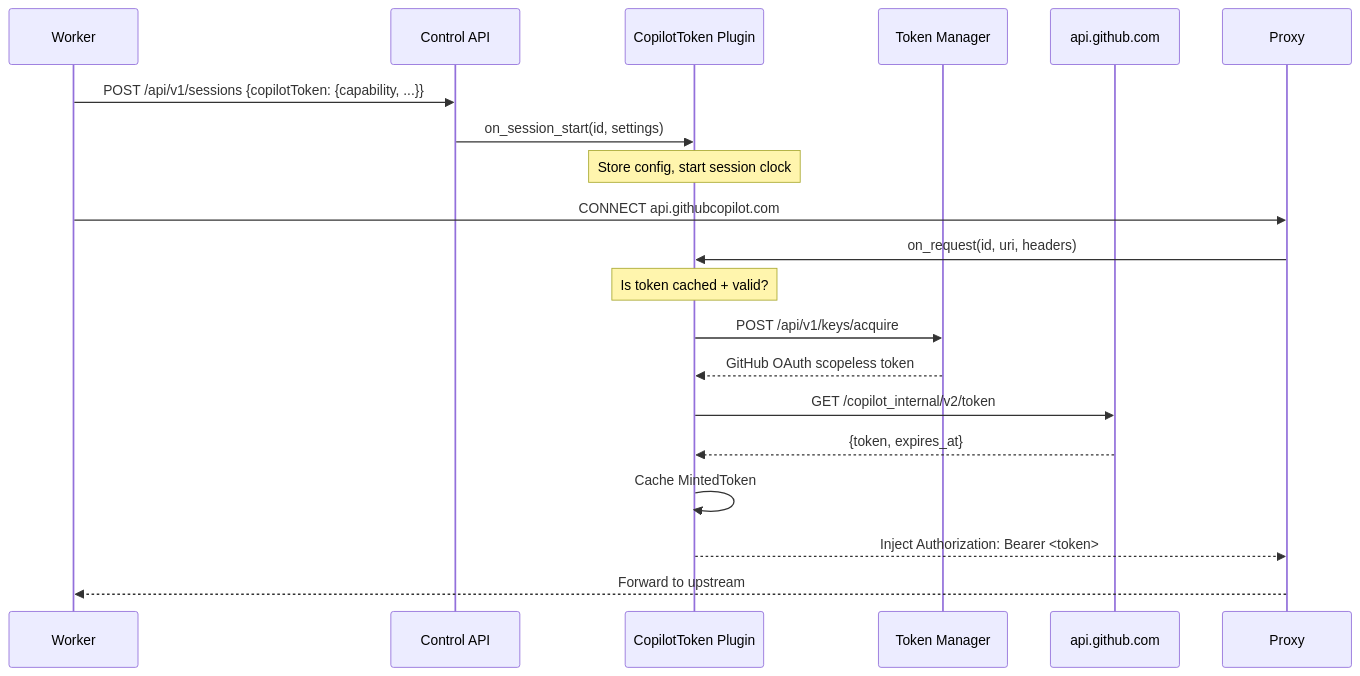
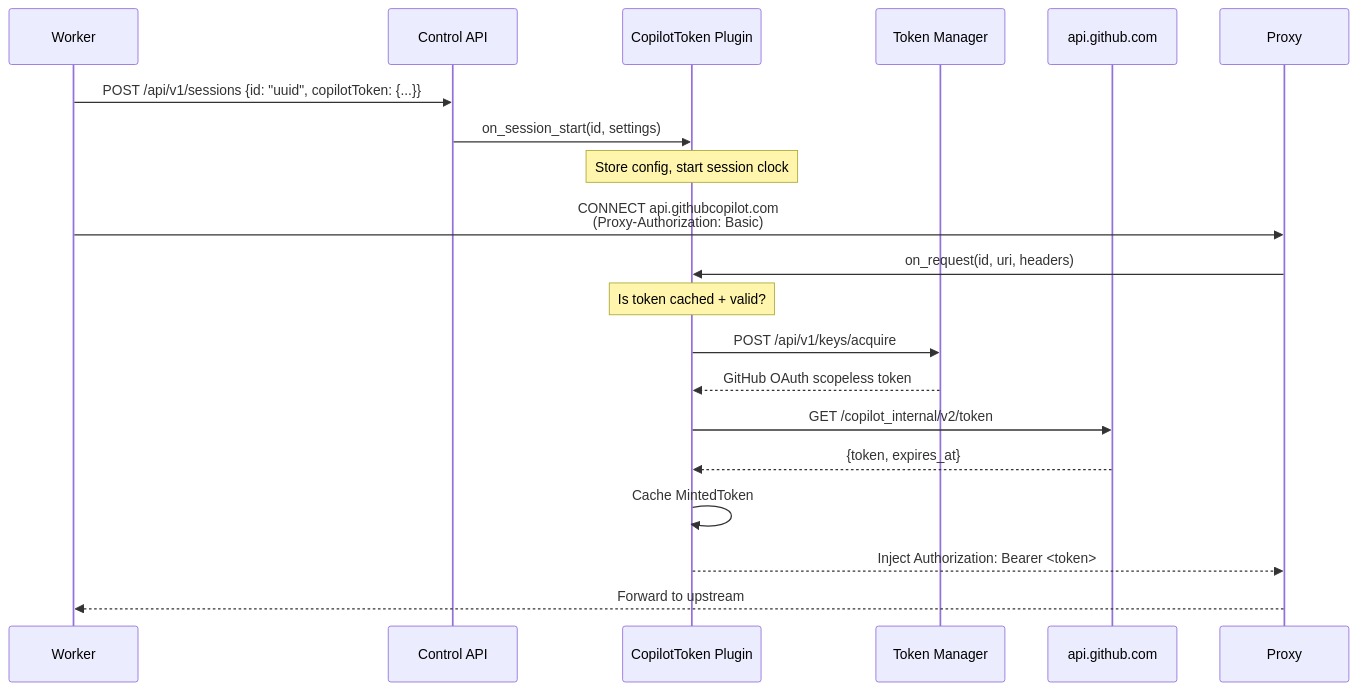
The fourth of 5 diagrams in docs/architecture/ai-gateway.md (Gile987/scope), drawn with Mermaid before and after one commit. The commit also changed other lines of this file, not shown here.

First line of the commit message:
docs: update gateway and electron worker docs for Proxy-Authorization session identity

````diff
--- a/docs/architecture/ai-gateway.md
+++ b/docs/architecture/ai-gateway.md
@@ -225,23 +248,23 @@
 ```mermaid
 sequenceDiagram
     participant W as Worker
     participant API as Control API
     participant CT as CopilotToken Plugin
     participant TM as Token Manager
     participant GH as api.github.com
 
-    W->>API: POST /api/v1/sessions {copilotToken: {capability, ...}}
+    W->>API: POST /api/v1/sessions {id: "uuid", copilotToken: {...}}
     API->>CT: on_session_start(id, settings)
     Note over CT: Store config, start session clock
 
-    W->>Proxy: CONNECT api.githubcopilot.com
+    W->>Proxy: CONNECT api.githubcopilot.com<br/>(Proxy-Authorization: Basic)
     Proxy->>CT: on_request(id, uri, headers)
     Note over CT: Is token cached + valid?
     CT->>TM: POST /api/v1/keys/acquire
     TM-->>CT: GitHub OAuth scopeless token
     CT->>GH: GET /copilot_internal/v2/token
     GH-->>CT: {token, expires_at}
     CT->>CT: Cache MintedToken
     CT-->>Proxy: Inject Authorization: Bearer <token>
     Proxy-->>W: Forward to upstream
 ```
````
